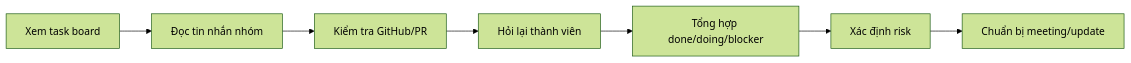
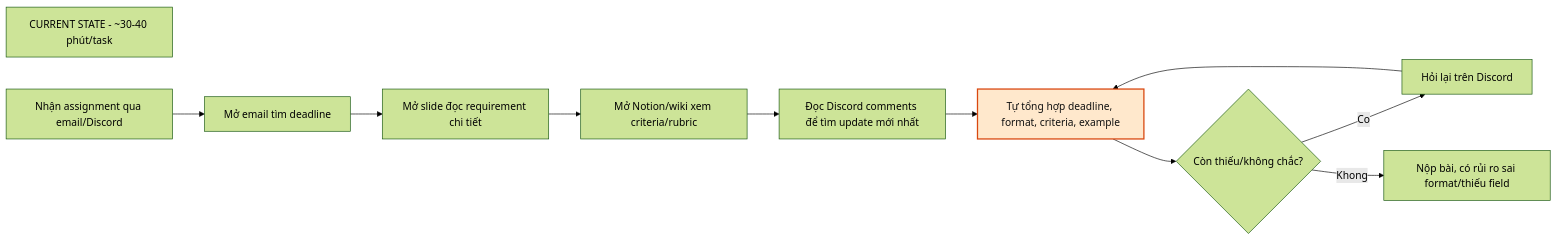
The first of 2 diagrams in 02-group-problem-statement.md (leeduydong2005/Day02-2A202600754-Le_Duy_Dong), drawn with Mermaid (forest theme) before and after one commit. The commit also changed other lines of this file, not shown here.

````diff
--- a/02-group-problem-statement.md
+++ b/02-group-problem-statement.md
@@ -77,9 +78,21 @@
 ```mermaid
 flowchart LR
-    A["Xem task board"] --> B["Đọc tin nhắn nhóm"]
-    B --> C["Kiểm tra GitHub/PR"]
-    C --> D["Hỏi lại thành viên"]
-    D --> E["Tổng hợp done/doing/blocker"]
-    E --> F["Xác định risk"]
-    F --> G["Chuẩn bị meeting/update"]
+    title["CURRENT STATE - ~30-40 phút/task"]
+
+    A["Nhận assignment qua email/Discord"]
+    B["Mở email tìm deadline"]
+    C["Mở slide đọc requirement chi tiết"]
+    D["Mở Notion/wiki xem criteria/rubric"]
+    E["Đọc Discord comments để tìm update mới nhất"]
+    F["Tự tổng hợp deadline, format, criteria, example"]
+    G{"Còn thiếu/không chắc?"}
+    H["Hỏi lại trên Discord"]
+    I["Nộp bài, có rủi ro sai format/thiếu field"]
+
+    A --> B --> C --> D --> E --> F --> G
+    G -- "Co" --> H --> F
+    G -- "Khong" --> I
+
+    F:::bottleneck
+    classDef bottleneck fill:#ffe8cc,stroke:#d9480f,stroke-width:2px,color:#111;
 ```
````
